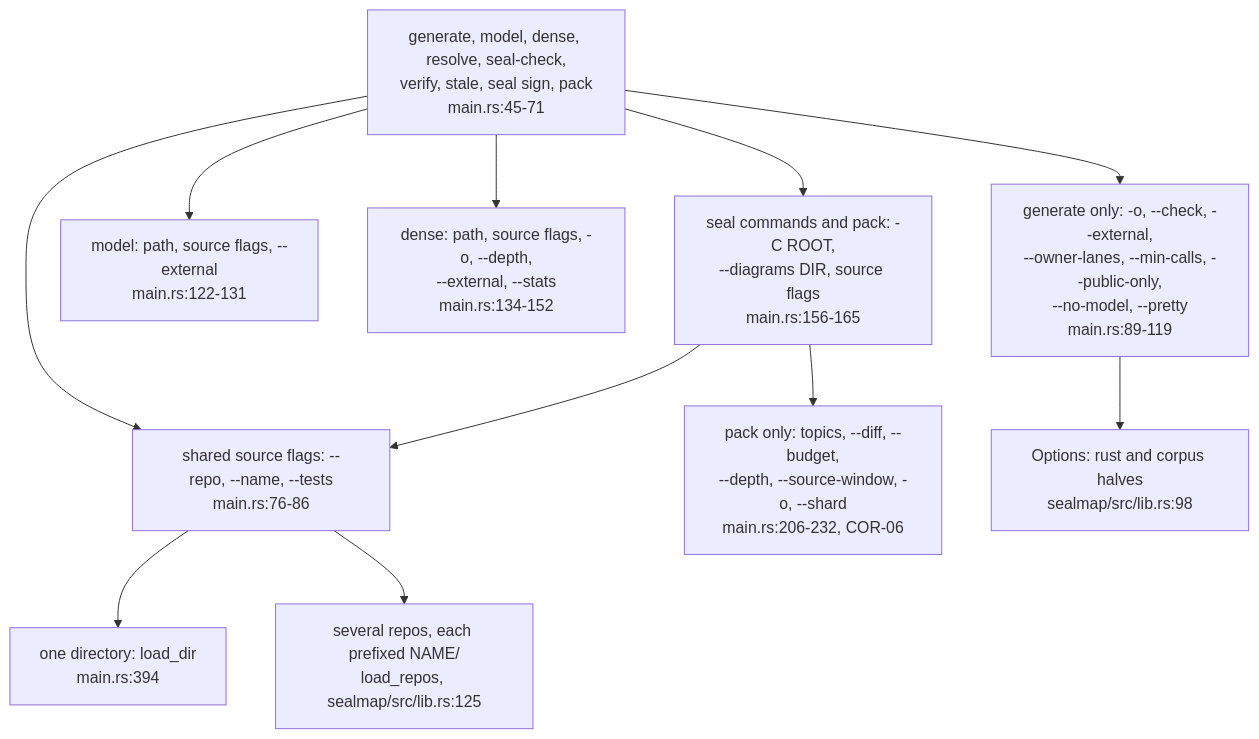
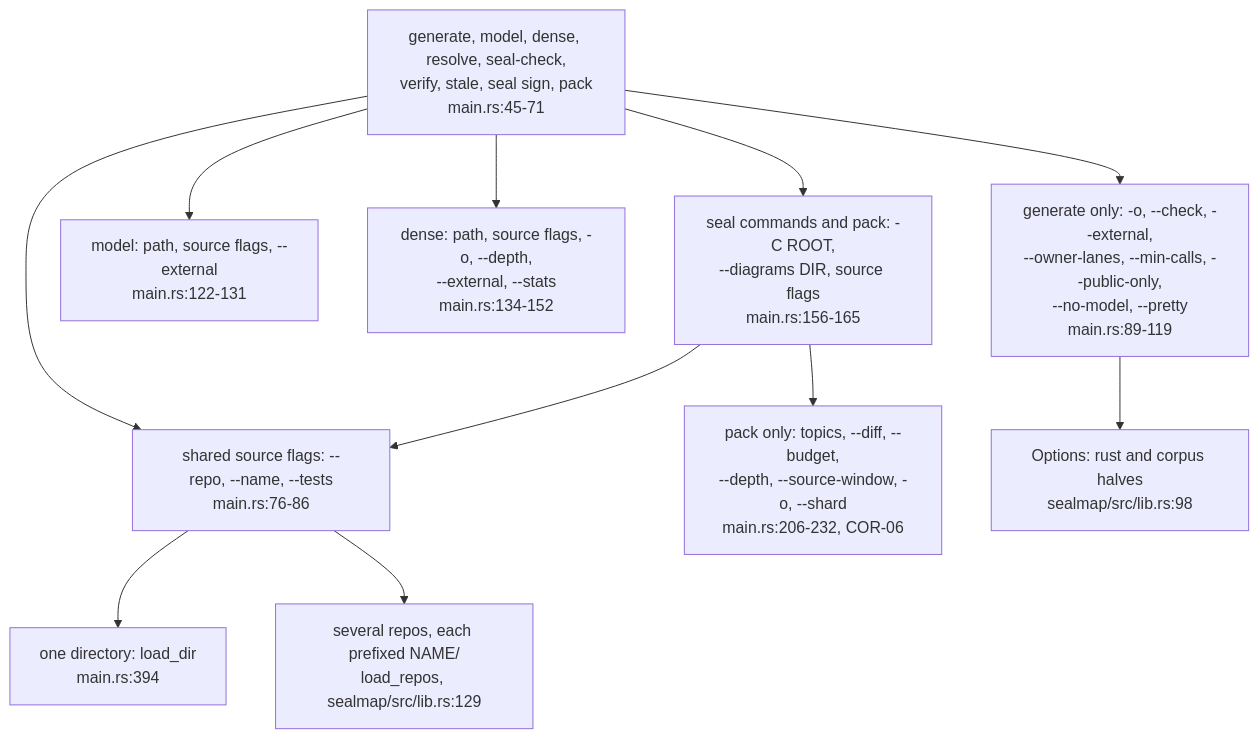
Before and after one commit to DreamLab-AI/codemaid: the fifth of 5 diagrams in docs/diagrams/corpus/03-generate-check-write-and-the-cli.md, drawn with Mermaid. The commit also changed other lines of this file and 21 other files, not shown here.

````diff
--- a/docs/diagrams/corpus/03-generate-check-write-and-the-cli.md
+++ b/docs/diagrams/corpus/03-generate-check-write-and-the-cli.md
@@ -189,23 +202,23 @@
 ```mermaid
 flowchart TB
     CMD["generate, model, dense, resolve, seal-check,<br/>verify, stale, seal sign, pack<br/>main.rs:45-71"]
     SRC["shared source flags: --repo, --name, --tests<br/>main.rs:76-86"]
     GEN["generate only: -o, --check, --external,<br/>--owner-lanes, --min-calls, --public-only,<br/>--no-model, --pretty<br/>main.rs:89-119"]
     MOD["model: path, source flags, --external<br/>main.rs:122-131"]
     DNS["dense: path, source flags, -o, --depth,<br/>--external, --stats<br/>main.rs:134-152"]
     SITE["seal commands and pack: -C ROOT,<br/>--diagrams DIR, source flags<br/>main.rs:156-165"]
     PCK["pack only: topics, --diff, --budget,<br/>--depth, --source-window, -o, --shard<br/>main.rs:206-232, COR-06"]
     OP["Options: rust and corpus halves<br/>sealmap/src/lib.rs:98"]
     ONE["one directory: load_dir<br/>main.rs:394"]
-    MANY["several repos, each prefixed NAME/<br/>load_repos, sealmap/src/lib.rs:125"]
+    MANY["several repos, each prefixed NAME/<br/>load_repos, sealmap/src/lib.rs:129"]
     CMD --> SRC
     CMD --> GEN
     CMD --> MOD
     CMD --> DNS
     CMD --> SITE
     SITE --> PCK
     SITE --> SRC
     GEN --> OP
     SRC --> ONE
     SRC --> MANY
 ```
````
